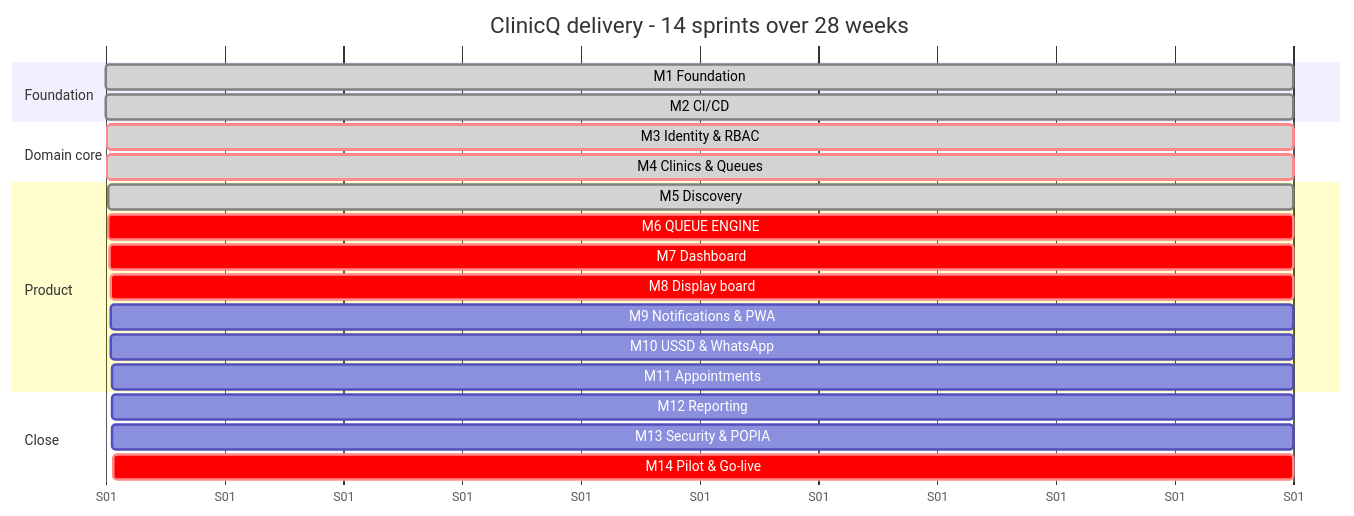
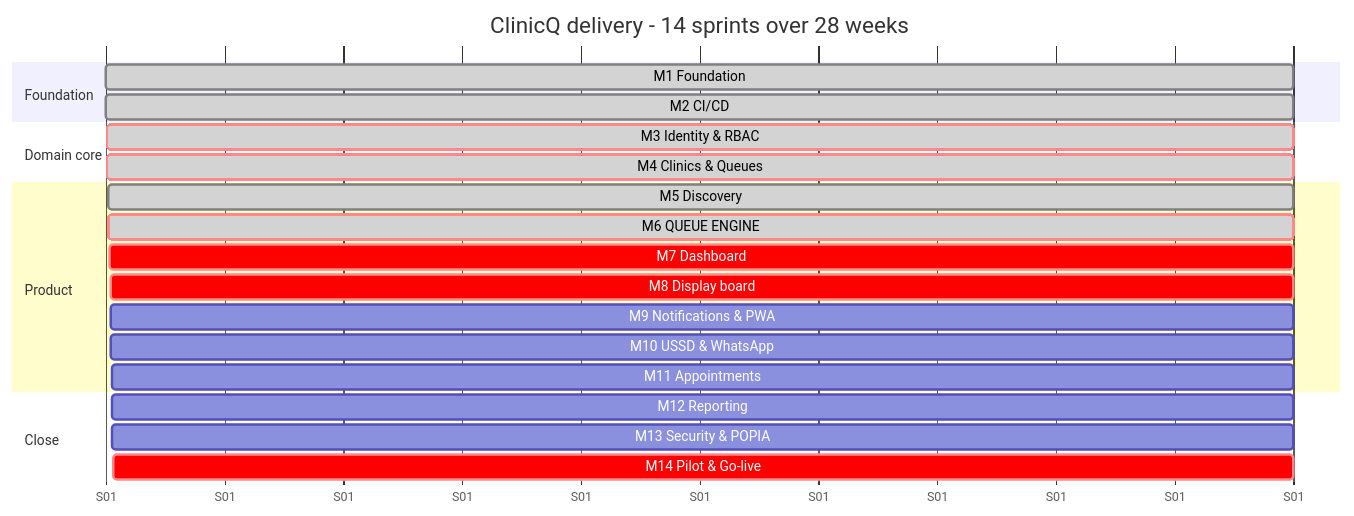
The second of 2 diagrams in docs/PLAN/IMPLEMENTATION_PLAN.md (Billykat7/clinicQ), drawn with Mermaid before and after one commit. The commit also changed 5 other files, not shown here.

````diff
--- a/docs/PLAN/IMPLEMENTATION_PLAN.md
+++ b/docs/PLAN/IMPLEMENTATION_PLAN.md
@@ -76,24 +76,24 @@
 ```mermaid
 gantt
     title ClinicQ delivery - 14 sprints over 28 weeks
     dateFormat X
     axisFormat S%d
     section Foundation
     M1 Foundation            :done,   m1, 0, 2
     M2 CI/CD                 :done,   m2, 1, 2
     section Domain core
     M3 Identity & RBAC       :crit, done, m3, 2, 2
     M4 Clinics & Queues      :crit, done, m4, 3, 2
     section Product
     M5 Discovery             :done,   m5, 4, 2
-    M6 QUEUE ENGINE          :crit,   m6, 5, 2
+    M6 QUEUE ENGINE          :crit, done, m6, 5, 2
     M7 Dashboard             :crit,   m7, 7, 2
     M8 Display board         :crit,   m8, 8, 2
     M9 Notifications & PWA   :        m9, 8, 2
     M10 USSD & WhatsApp      :        m10, 9, 2
     M11 Appointments         :        m11, 10, 2
     section Close
     M12 Reporting            :        m12, 11, 2
     M13 Security & POPIA     :        m13, 11, 2
     M14 Pilot & Go-live      :crit,   m14, 12, 2
 ```
````
